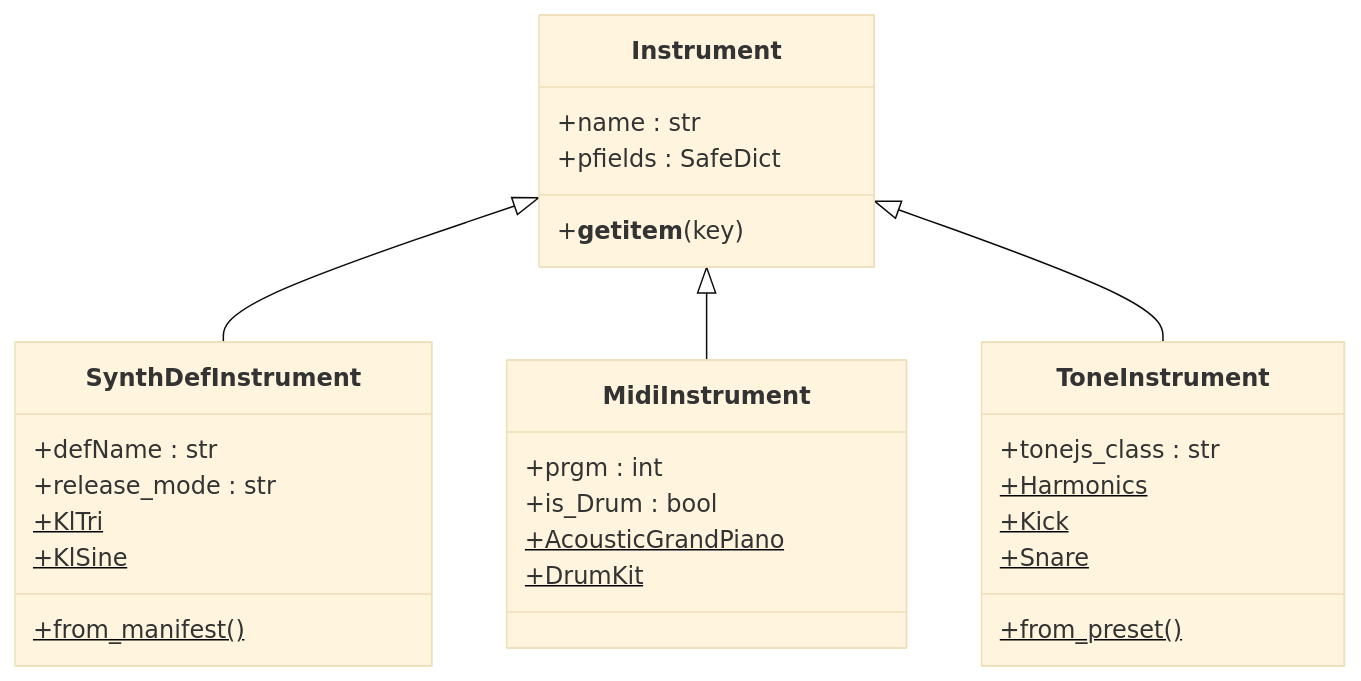
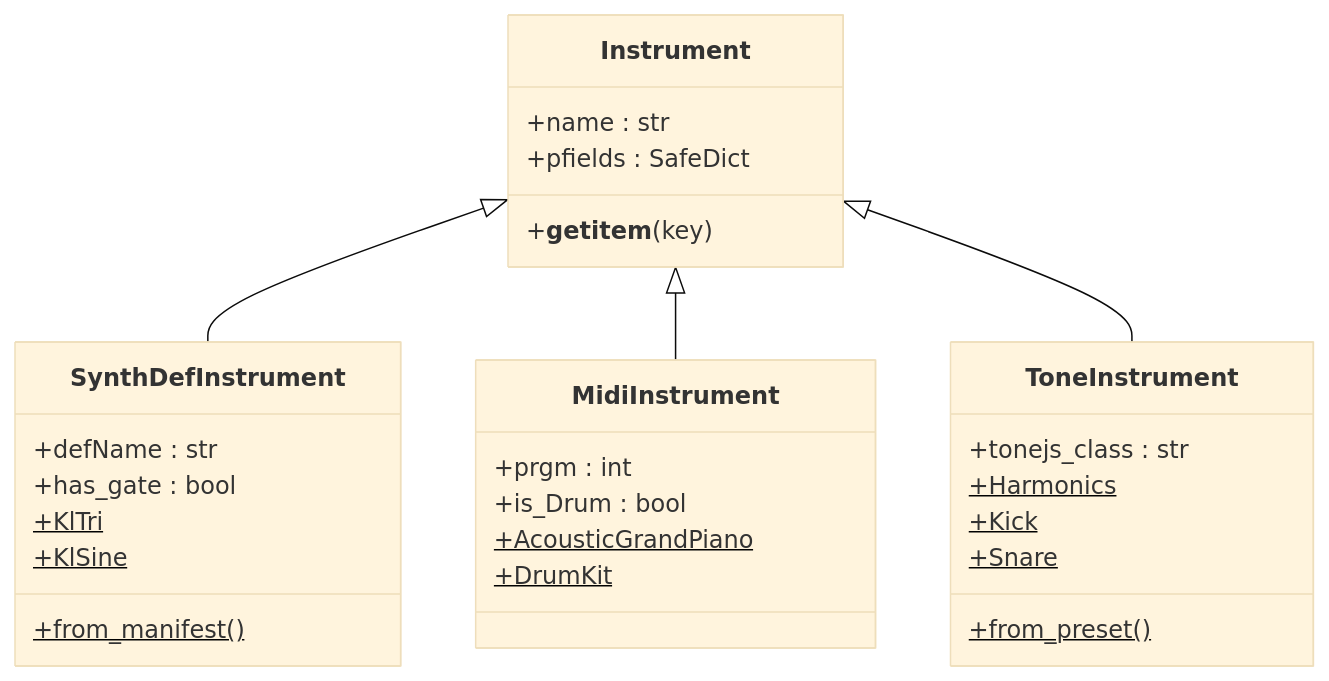
Before and after one commit to kr4g/Klotho: the sixth of 9 diagrams in docs/architecture/05_THETOS.md, drawn with Mermaid (base theme). The commit also changed other lines of this file and 128 other files, not shown here.

````diff
--- a/docs/architecture/05_THETOS.md
+++ b/docs/architecture/05_THETOS.md
@@ -247,35 +247,35 @@
 ```mermaid
 classDiagram
     class Instrument {
         +name : str
         +pfields : SafeDict
         +__getitem__(key)
     }
 
     Instrument <|-- SynthDefInstrument
     Instrument <|-- MidiInstrument
     Instrument <|-- ToneInstrument
 
     class SynthDefInstrument {
         +defName : str
-        +release_mode : str
+        +has_gate : bool
         +from_manifest()$
         +KlTri$
         +KlSine$
     }
 
     class MidiInstrument {
         +prgm : int
         +is_Drum : bool
         +AcousticGrandPiano$
         +DrumKit$
     }
 
     class ToneInstrument {
         +tonejs_class : str
         +from_preset()$
         +Harmonics$
         +Kick$
         +Snare$
     }
 ```
````
